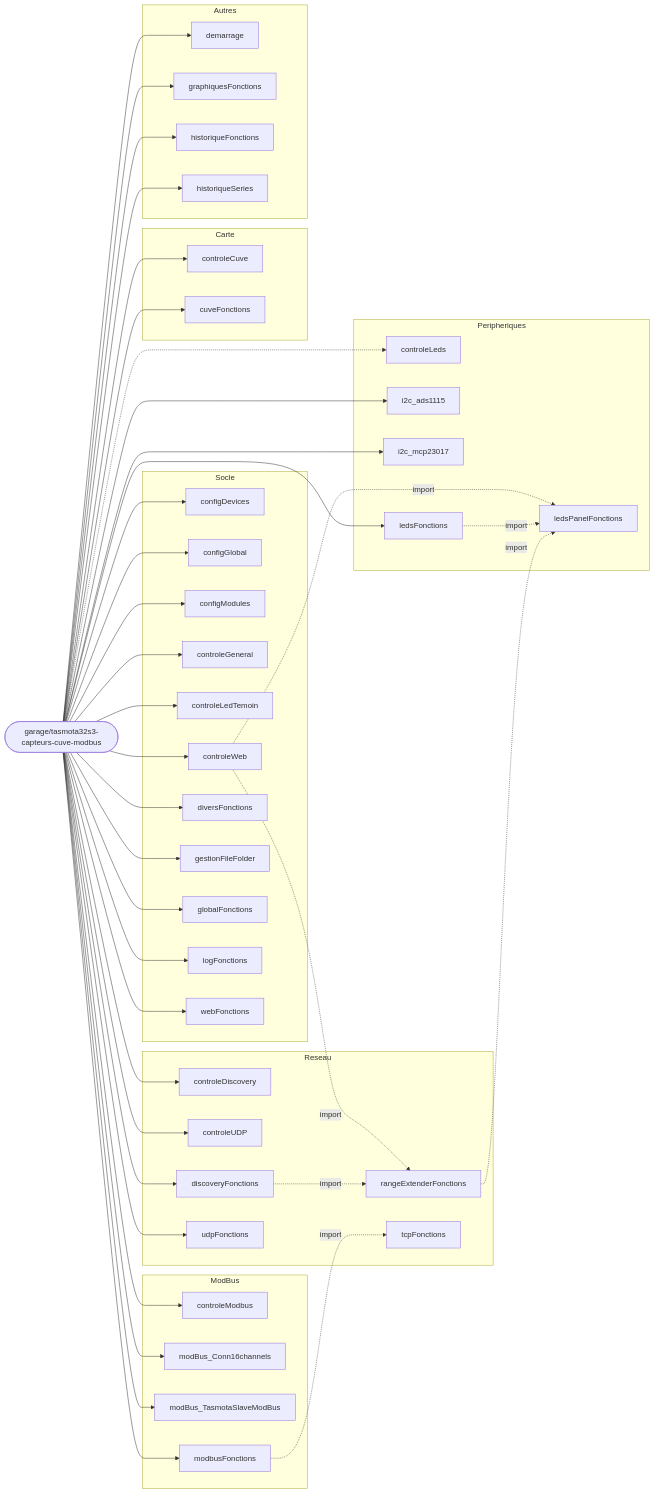
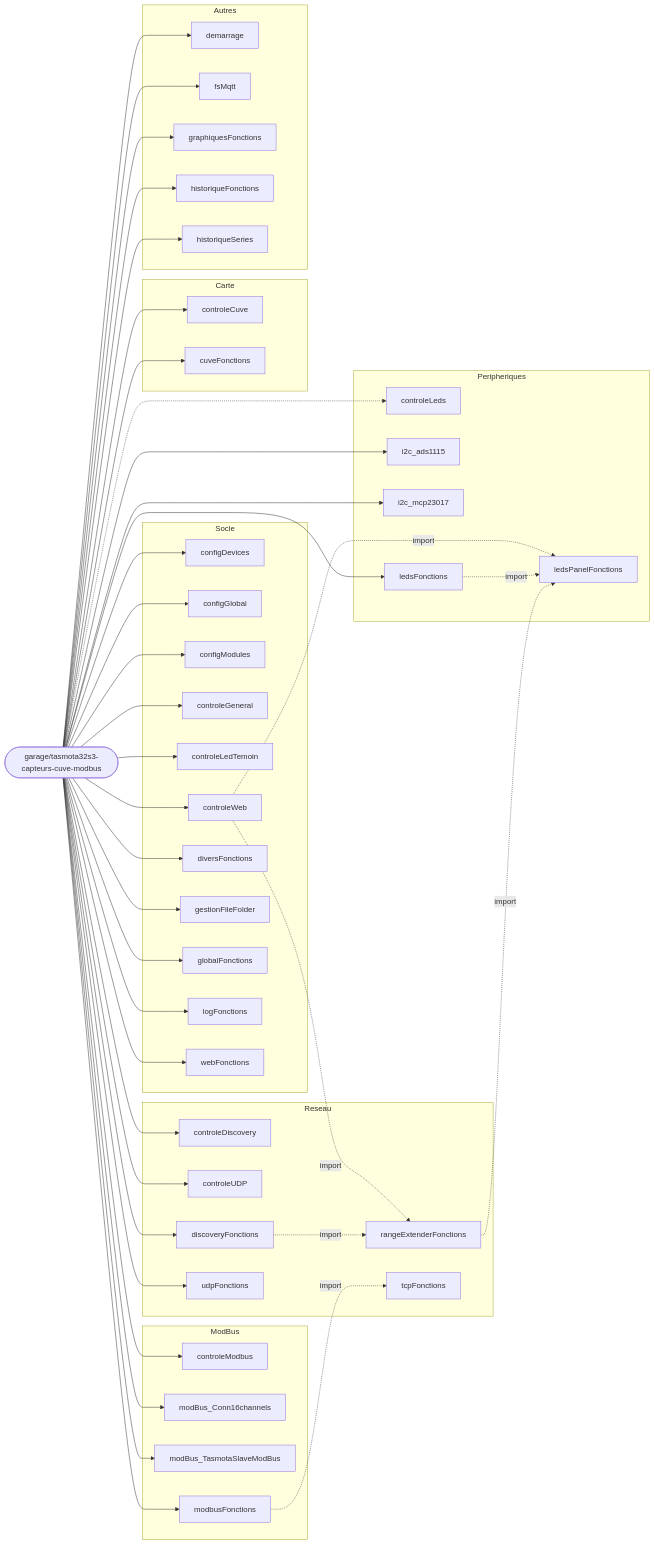
Before and after one commit to fdaubercy/Tasmota: the sixth of 8 diagrams in outils_docs/CARTE_MODULES_BERRY.md, drawn with Mermaid. The commit also changed other lines of this file and 16 other files, not shown here.

```diff
--- a/outils_docs/CARTE_MODULES_BERRY.md
+++ b/outils_docs/CARTE_MODULES_BERRY.md
@@ -555,6 +567,7 @@
     end
     subgraph g_Autres["Autres"]
         m_demarrage["demarrage"]
+        m_fsMqtt["fsMqtt"]
         m_graphiquesFonctions["graphiquesFonctions"]
         m_historiqueFonctions["historiqueFonctions"]
         m_historiqueSeries["historiqueSeries"]
@@ -591,6 +604,7 @@
     CARTE --> m_controleCuve
     CARTE --> m_cuveFonctions
     CARTE --> m_demarrage
+    CARTE --> m_fsMqtt
     CARTE --> m_graphiquesFonctions
     CARTE --> m_historiqueFonctions
     CARTE --> m_historiqueSeries
```
